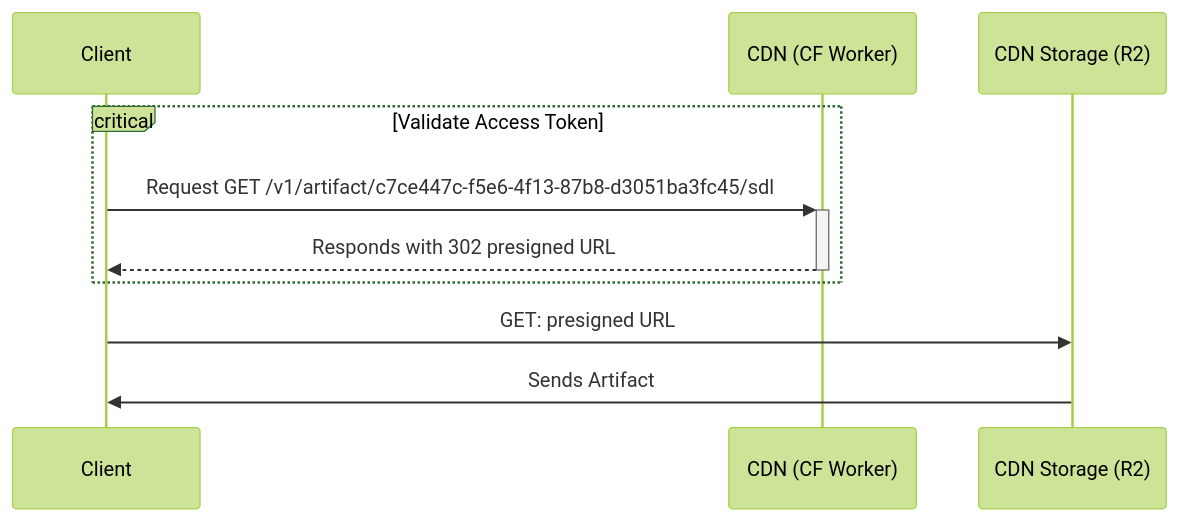
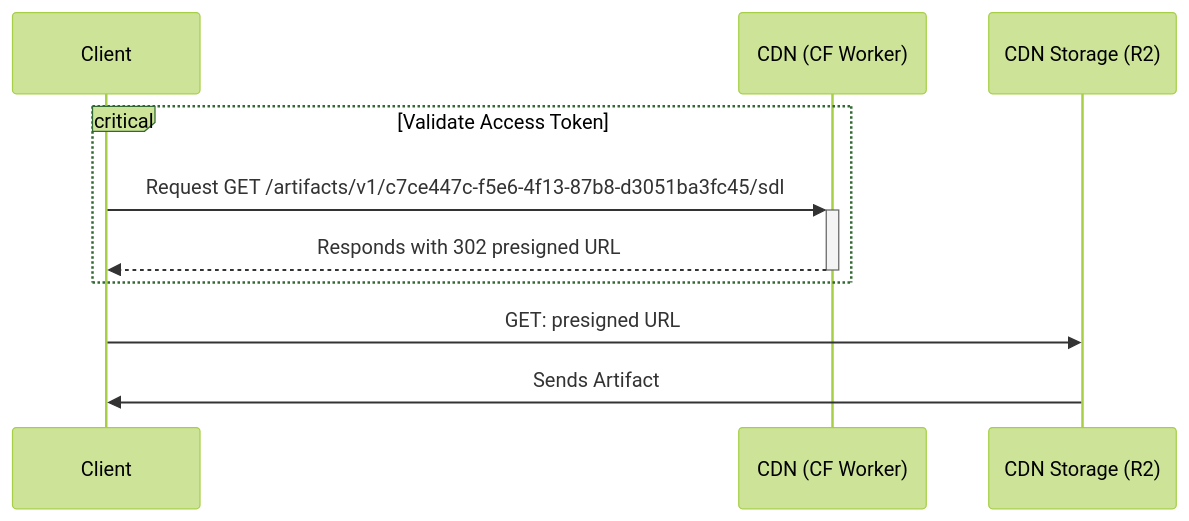
The first of 2 diagrams in packages/web/docs/src/app/blog/(posts)/how-we-shipped-cdn-access-tokens-with-cloudflare-workers-and-r2/page.mdx (graphql-hive/console), drawn with Mermaid (forest theme) before and after one commit. The commit also changed other lines of this file and 9 other files, not shown here.

````diff
--- a/packages/web/docs/src/app/blog/(posts)/how-we-shipped-cdn-access-tokens-with-cloudflare-workers-and-r2/page.mdx
+++ b/packages/web/docs/src/app/blog/(posts)/how-we-shipped-cdn-access-tokens-with-cloudflare-workers-and-r2/page.mdx
@@ -29,13 +29,13 @@
 ```mermaid
 sequenceDiagram;
   participant Client
   participant CDN (CF Worker)
   participant CDN Storage (R2)
 
   critical Validate Access Token
-    Client->>+CDN (CF Worker): Request GET /v1/artifact/c7ce447c-f5e6-4f13-87b8-d3051ba3fc45/sdl
+    Client->>+CDN (CF Worker): Request GET /artifacts/v1/c7ce447c-f5e6-4f13-87b8-d3051ba3fc45/sdl
     CDN (CF Worker)-->>-Client: Responds with 302 presigned URL
   end
   Client->>CDN Storage (R2): GET: presigned URL
   CDN Storage (R2)->>Client: Sends Artifact
 ```
````
